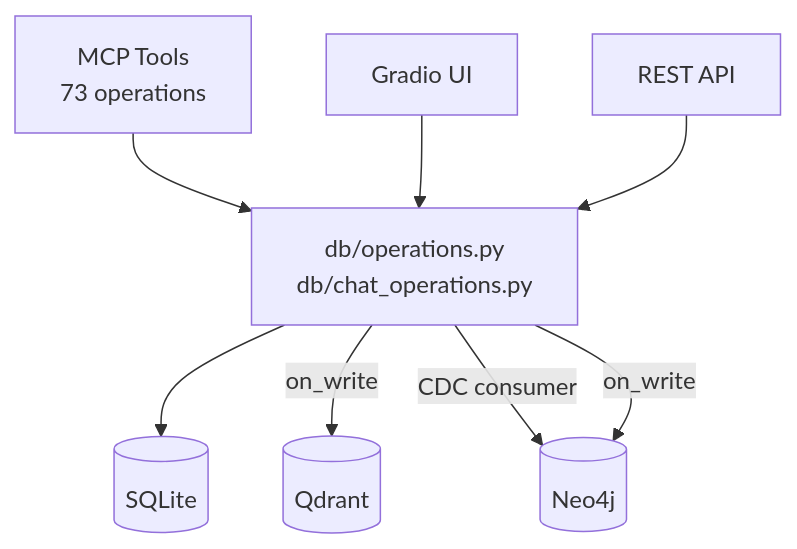
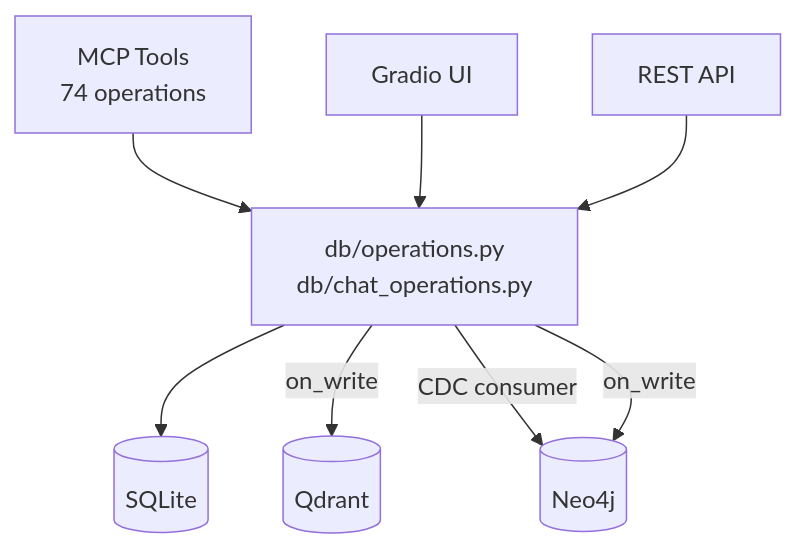
One commit to janat-llc/janatpmp changed the second of 2 diagrams in README.md. Above: the diagram before and after it, drawn with Mermaid. The commit also changed other lines of this file and 9 other files, not shown here.

````diff
--- a/README.md
+++ b/README.md
@@ -42,10 +42,10 @@
 ```mermaid
 graph TB
-    MCP[MCP Tools<br/>73 operations] --> DB[db/operations.py<br/>db/chat_operations.py]
+    MCP[MCP Tools<br/>74 operations] --> DB[db/operations.py<br/>db/chat_operations.py]
     UI[Gradio UI] --> DB
     API[REST API] --> DB
     DB --> SQLite[(SQLite)]
     DB -->|on_write| Qdrant[(Qdrant)]
     DB -->|CDC consumer| Neo4j[(Neo4j)]
     DB -->|on_write| Neo4j
 ```
````
